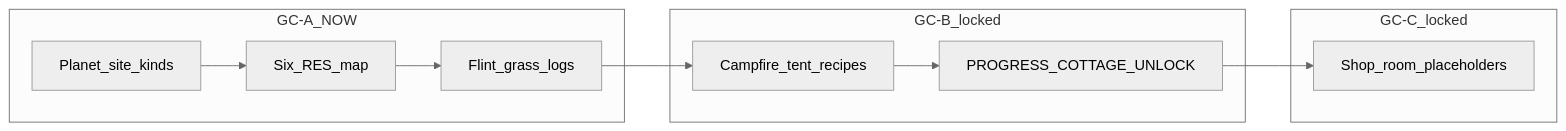
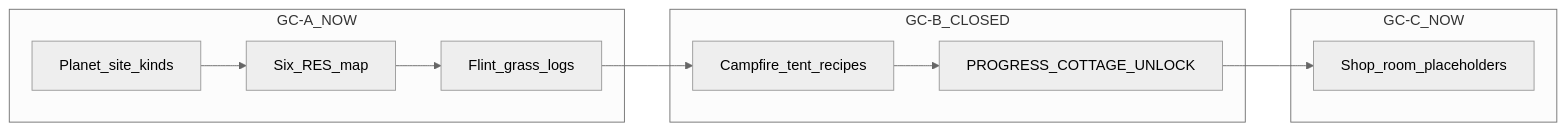
Before and after one commit to XylarDark/HomeWorld: the diagram in Docs/22_GATHER_CRAFT_IMPL.md, drawn with Mermaid (neutral theme). The commit also changed other lines of this file and 9 other files, not shown here.

````diff
--- a/Docs/22_GATHER_CRAFT_IMPL.md
+++ b/Docs/22_GATHER_CRAFT_IMPL.md
@@ -30,19 +32,19 @@
 ```mermaid
 flowchart LR
   subgraph gca [GC-A_NOW]
     Sites[Planet_site_kinds]
     RES[Six_RES_map]
     Flavor[Flint_grass_logs]
   end
-  subgraph gcb [GC-B_locked]
+  subgraph gcb [GC-B_CLOSED]
     Craft[Campfire_tent_recipes]
     Prog[PROGRESS_COTTAGE_UNLOCK]
   end
-  subgraph gcc [GC-C_locked]
+  subgraph gcc [GC-C_NOW]
     Place[Shop_room_placeholders]
   end
   Sites --> RES --> Flavor
   Flavor --> Craft
   Craft --> Prog
   Prog --> Place
 ```
````
